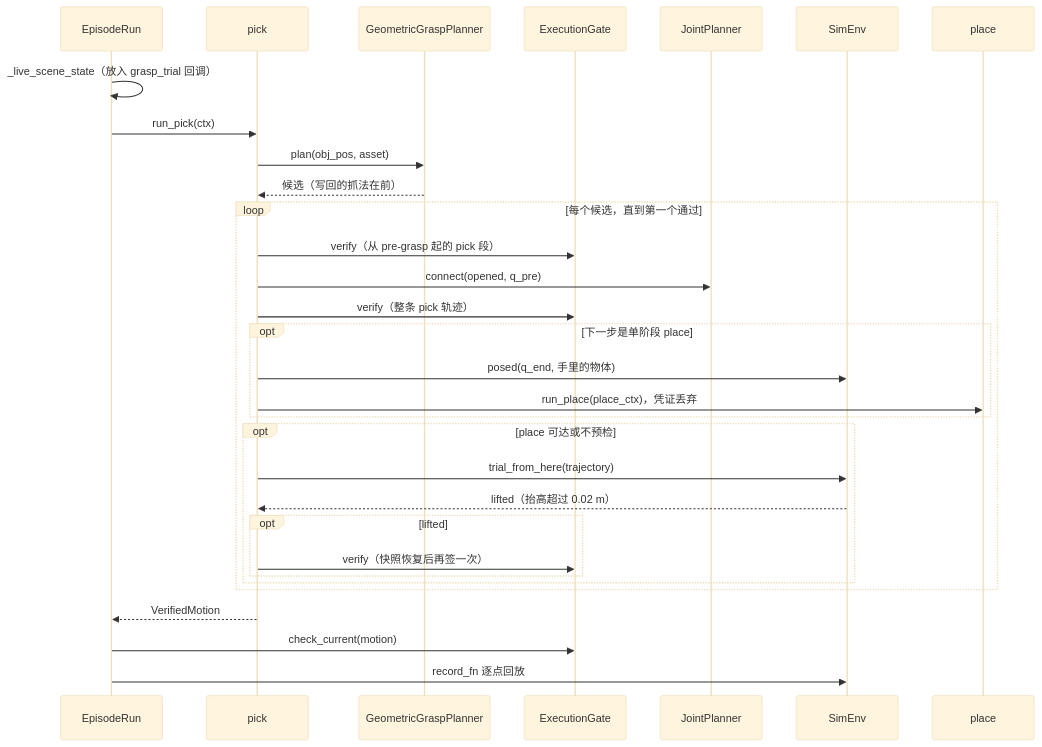
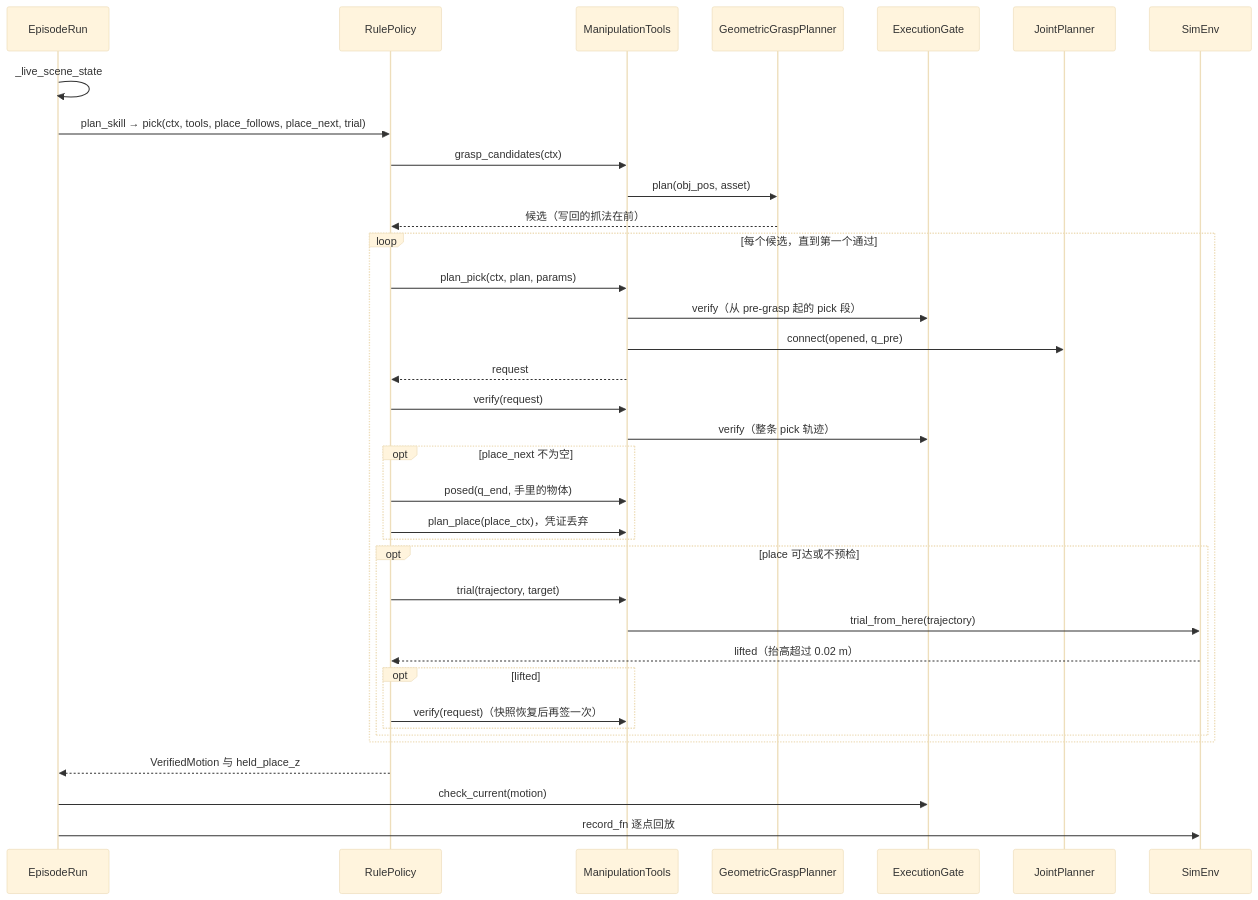
Before and after one commit to ZJLi2013/RoboSmith: the fifth of 5 diagrams in docs/call-chain.md, drawn with Mermaid (base theme). The commit also changed other lines of this file and 13 other files, not shown here.

Commit message:
skills: pick and place are a rule policy over manipulation tools, and the runner passes each step what follows it and how to trial

````diff
--- a/docs/call-chain.md
+++ b/docs/call-chain.md
@@ -230,34 +238,39 @@
 ```mermaid
 sequenceDiagram
     participant R as EpisodeRun
-    participant K as pick
+    participant P as RulePolicy
+    participant T as ManipulationTools
     participant G as GeometricGraspPlanner
     participant Q as ExecutionGate
     participant J as JointPlanner
     participant E as SimEnv
-    participant L as place
 
-    R->>R: _live_scene_state（放入 grasp_trial 回调）
-    R->>K: run_pick(ctx)
-    K->>G: plan(obj_pos, asset)
-    G-->>K: 候选（写回的抓法在前）
+    R->>R: _live_scene_state
+    R->>P: plan_skill → pick(ctx, tools, place_follows, place_next, trial)
+    P->>T: grasp_candidates(ctx)
+    T->>G: plan(obj_pos, asset)
+    G-->>P: 候选（写回的抓法在前）
     loop 每个候选，直到第一个通过
-        K->>Q: verify（从 pre-grasp 起的 pick 段）
-        K->>J: connect(opened, q_pre)
-        K->>Q: verify（整条 pick 轨迹）
-        opt 下一步是单阶段 place
-            K->>E: posed(q_end, 手里的物体)
-            K->>L: run_place(place_ctx)，凭证丢弃
+        P->>T: plan_pick(ctx, plan, params)
+        T->>Q: verify（从 pre-grasp 起的 pick 段）
+        T->>J: connect(opened, q_pre)
+        T-->>P: request
+        P->>T: verify(request)
+        T->>Q: verify（整条 pick 轨迹）
+        opt place_next 不为空
+            P->>T: posed(q_end, 手里的物体)
+            P->>T: plan_place(place_ctx)，凭证丢弃
         end
         opt place 可达或不预检
-            K->>E: trial_from_here(trajectory)
-            E-->>K: lifted（抬高超过 0.02 m）
+            P->>T: trial(trajectory, target)
+            T->>E: trial_from_here(trajectory)
+            E-->>P: lifted（抬高超过 0.02 m）
             opt lifted
-                K->>Q: verify（快照恢复后再签一次）
+                P->>T: verify(request)（快照恢复后再签一次）
             end
         end
     end
-    K-->>R: VerifiedMotion
+    P-->>R: VerifiedMotion 与 held_place_z
     R->>Q: check_current(motion)
     R->>E: record_fn 逐点回放
 ```
````
